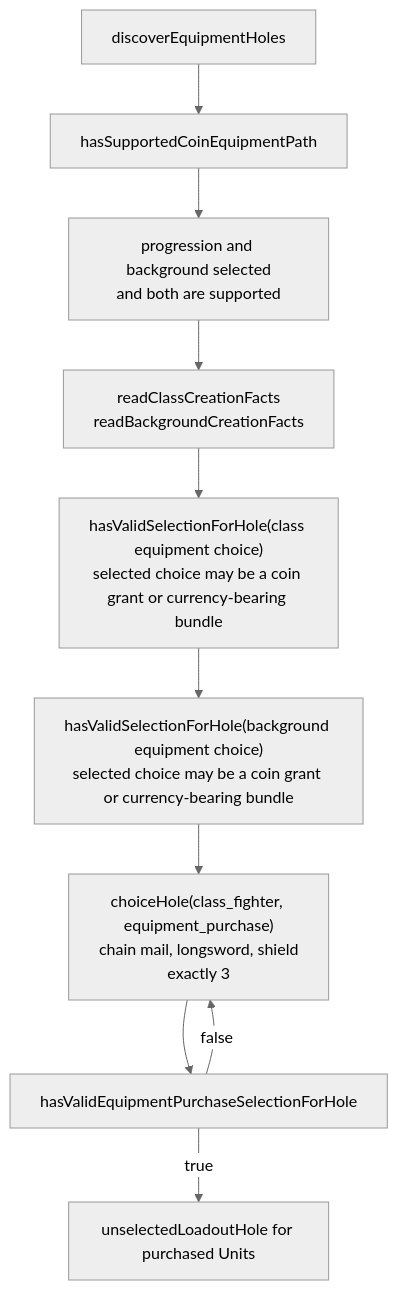
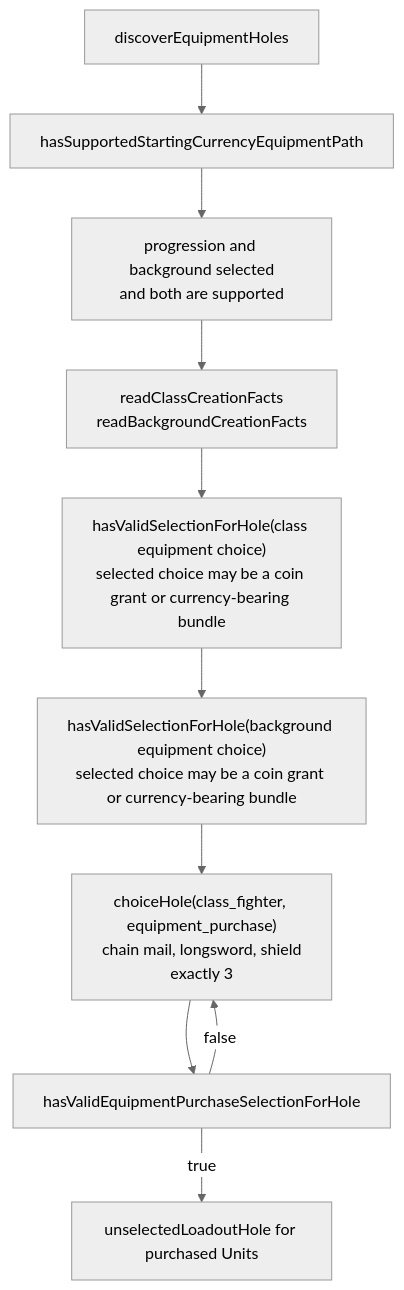
One commit to dearlordylord/5e-quint changed the seventh of 10 diagrams in packages/character-creation-runtime/EXPLANATORY_TIME_DIAGRAM.md. Above: the diagram before and after it, drawn with Mermaid (neutral theme). The commit also changed other lines of this file and 12 other files, not shown here.

Commit message:
fix(character-creation): bridge starting currency to rule core

````diff
--- a/packages/character-creation-runtime/EXPLANATORY_TIME_DIAGRAM.md
+++ b/packages/character-creation-runtime/EXPLANATORY_TIME_DIAGRAM.md
@@ -415,18 +416,18 @@
 ```mermaid
 flowchart TD
   Equipment["discoverEquipmentHoles"]
-  Gate["hasSupportedCoinEquipmentPath"]
+  Gate["hasSupportedStartingCurrencyEquipmentPath"]
   ClassBg["progression and background selected<br/>and both are supported"]
   Read["readClassCreationFacts<br/>readBackgroundCreationFacts"]
   ClassChoice["hasValidSelectionForHole(class equipment choice)<br/>selected choice may be a coin grant or currency-bearing bundle"]
   BgChoice["hasValidSelectionForHole(background equipment choice)<br/>selected choice may be a coin grant or currency-bearing bundle"]
   Purchase["choiceHole(class_fighter, equipment_purchase)<br/>chain mail, longsword, shield<br/>exactly 3"]
   ValidPurchase["hasValidEquipmentPurchaseSelectionForHole"]
   Loadout["unselectedLoadoutHole for purchased Units"]
 
   Equipment --> Gate --> ClassBg --> Read --> ClassChoice --> BgChoice
   BgChoice --> Purchase
   Purchase --> ValidPurchase
   ValidPurchase -->|false| Purchase
   ValidPurchase -->|true| Loadout
 ```
````
